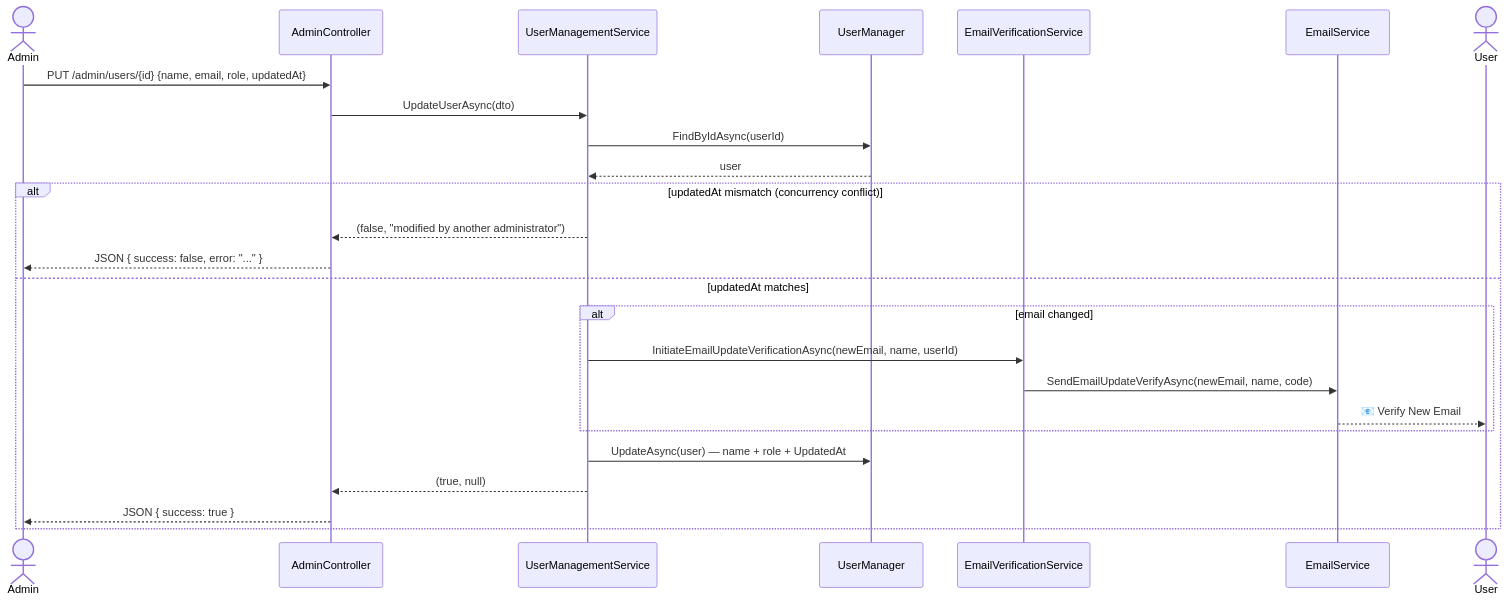
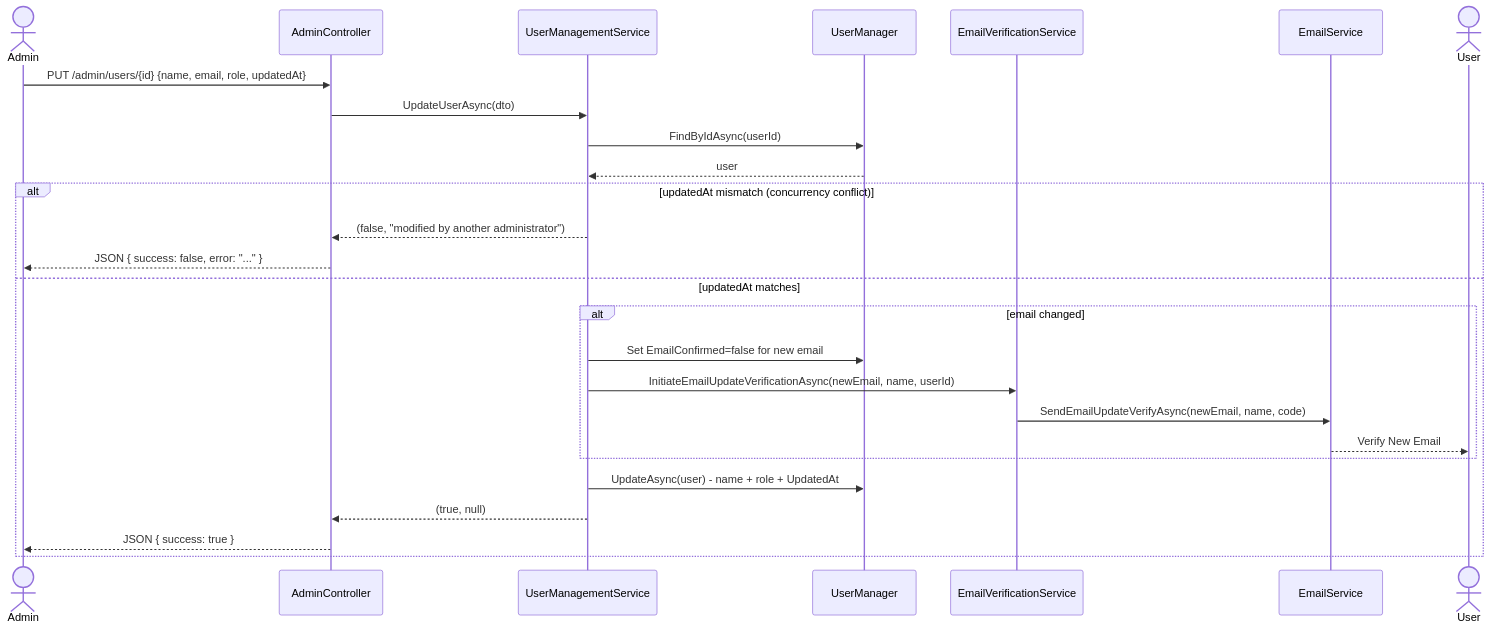
One commit to lethanhtrong161005/EduChatbotSolution changed the second of 4 diagrams in knowledge-base/ADMIN_USER_MANAGEMENT_FLOWS.md. Above: the diagram before and after it, drawn with Mermaid. The commit also changed other lines of this file and 25 other files, not shown here.

````diff
--- a/knowledge-base/ADMIN_USER_MANAGEMENT_FLOWS.md
+++ b/knowledge-base/ADMIN_USER_MANAGEMENT_FLOWS.md
@@ -66,29 +50,30 @@
 ```mermaid
 sequenceDiagram
     actor Admin
     participant UI as AdminController
     participant UMS as UserManagementService
     participant UM as UserManager
     participant EVS as EmailVerificationService
     participant Email as EmailService
     actor User
 
     Admin->>UI: PUT /admin/users/{id} {name, email, role, updatedAt}
     UI->>UMS: UpdateUserAsync(dto)
     UMS->>UM: FindByIdAsync(userId)
     UM-->>UMS: user
 
     alt updatedAt mismatch (concurrency conflict)
         UMS-->>UI: (false, "modified by another administrator")
         UI-->>Admin: JSON { success: false, error: "..." }
     else updatedAt matches
         alt email changed
+            UMS->>UM: Set EmailConfirmed=false for new email
             UMS->>EVS: InitiateEmailUpdateVerificationAsync(newEmail, name, userId)
             EVS->>Email: SendEmailUpdateVerifyAsync(newEmail, name, code)
-            Email-->>User: 📧 Verify New Email
+            Email-->>User: Verify New Email
         end
-        UMS->>UM: UpdateAsync(user) — name + role + UpdatedAt
+        UMS->>UM: UpdateAsync(user) - name + role + UpdatedAt
         UMS-->>UI: (true, null)
         UI-->>Admin: JSON { success: true }
     end
 ```
````
